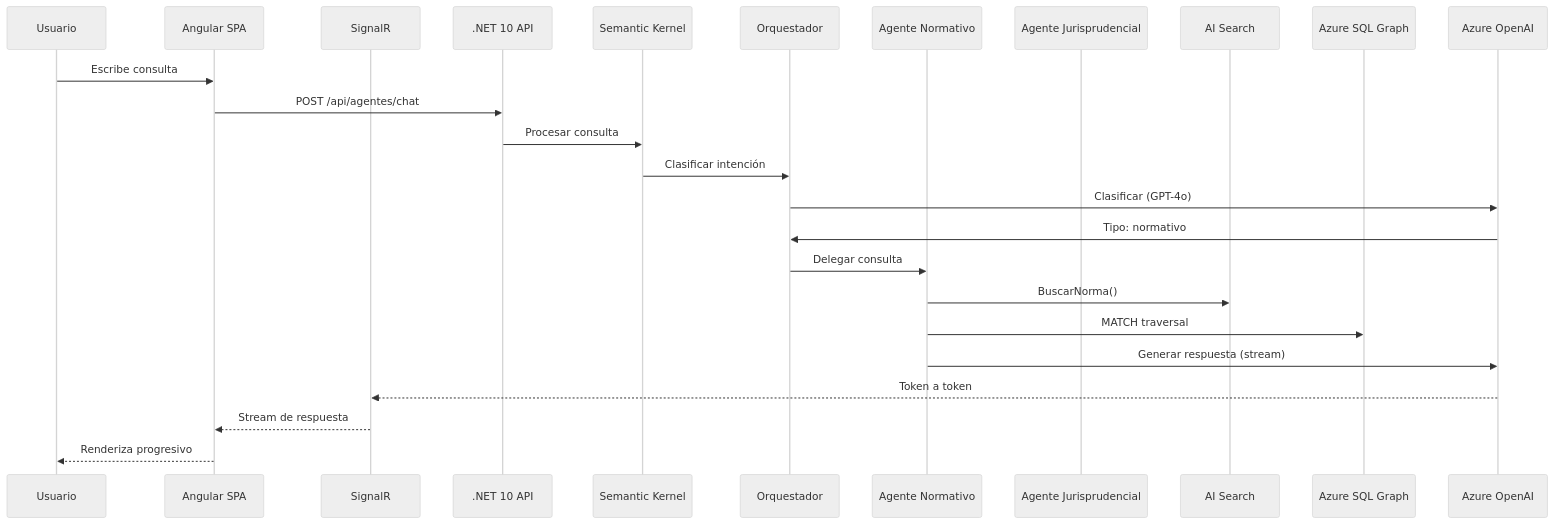
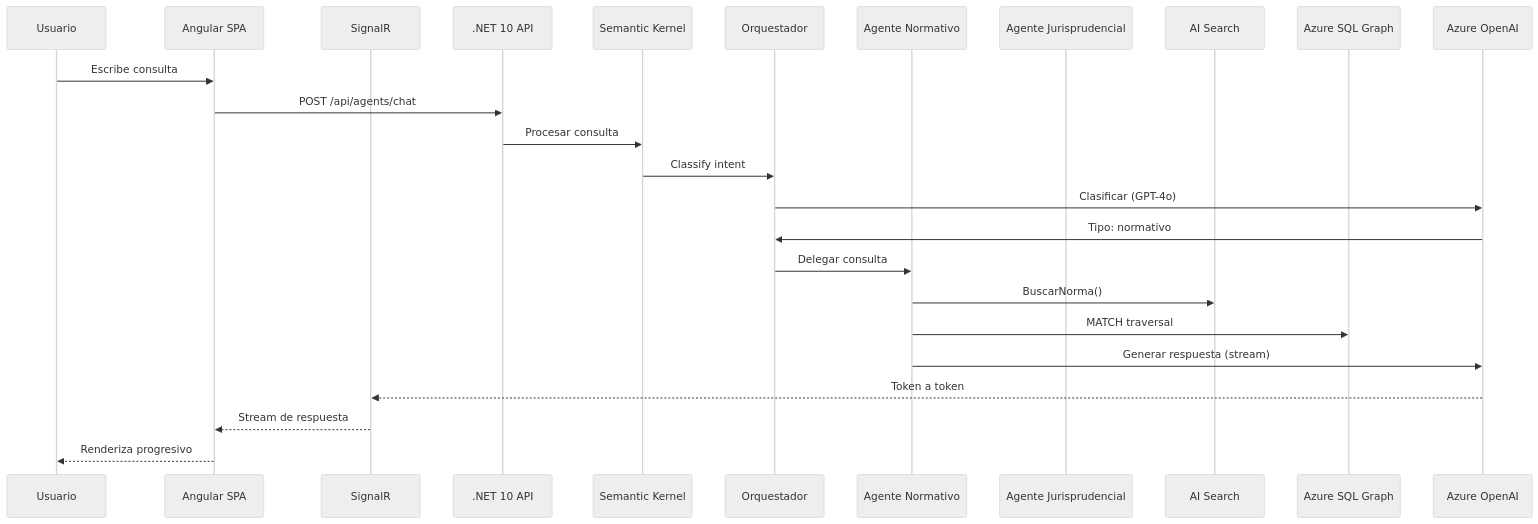
The diagram in docs/roadmap/F08 - AI Agent Chat/F08 - W01 - Comprehensive Documentation.md (pablonux/legal-ai-ar), drawn with Mermaid (neutral theme) before and after one commit. The commit also changed other lines of this file and 173 other files, not shown here.

````diff
--- a/docs/roadmap/F08 - AI Agent Chat/F08 - W01 - Comprehensive Documentation.md
+++ b/docs/roadmap/F08 - AI Agent Chat/F08 - W01 - Comprehensive Documentation.md
@@ -18,28 +18,28 @@
 ```mermaid
 sequenceDiagram
     participant U as Usuario
     participant SPA as Angular SPA
     participant SR as SignalR
     participant API as .NET 10 API
     participant SK as Semantic Kernel
     participant ORC as Orquestador
     participant AGN as Agente Normativo
     participant AGJ as Agente Jurisprudencial
     participant AIS as AI Search
     participant SQL as Azure SQL Graph
     participant OAI as Azure OpenAI
 
     U->>SPA: Escribe consulta
-    SPA->>API: POST /api/agentes/chat
+    SPA->>API: POST /api/agents/chat
     API->>SK: Procesar consulta
-    SK->>ORC: Clasificar intención
+    SK->>ORC: Classify intent
     ORC->>OAI: Clasificar (GPT-4o)
     OAI->>ORC: Tipo: normativo
     ORC->>AGN: Delegar consulta
     AGN->>AIS: BuscarNorma()
     AGN->>SQL: MATCH traversal
     AGN->>OAI: Generar respuesta (stream)
     OAI-->>SR: Token a token
     SR-->>SPA: Stream de respuesta
     SPA-->>U: Renderiza progresivo
 ```
````
